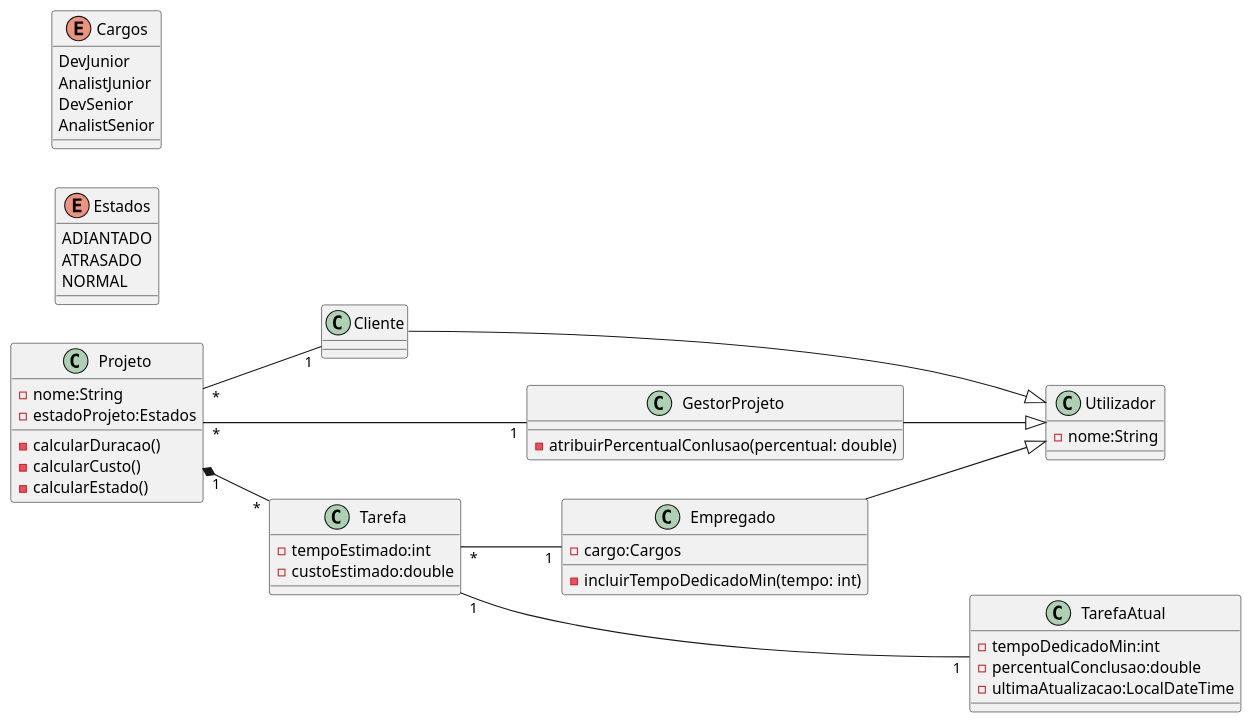
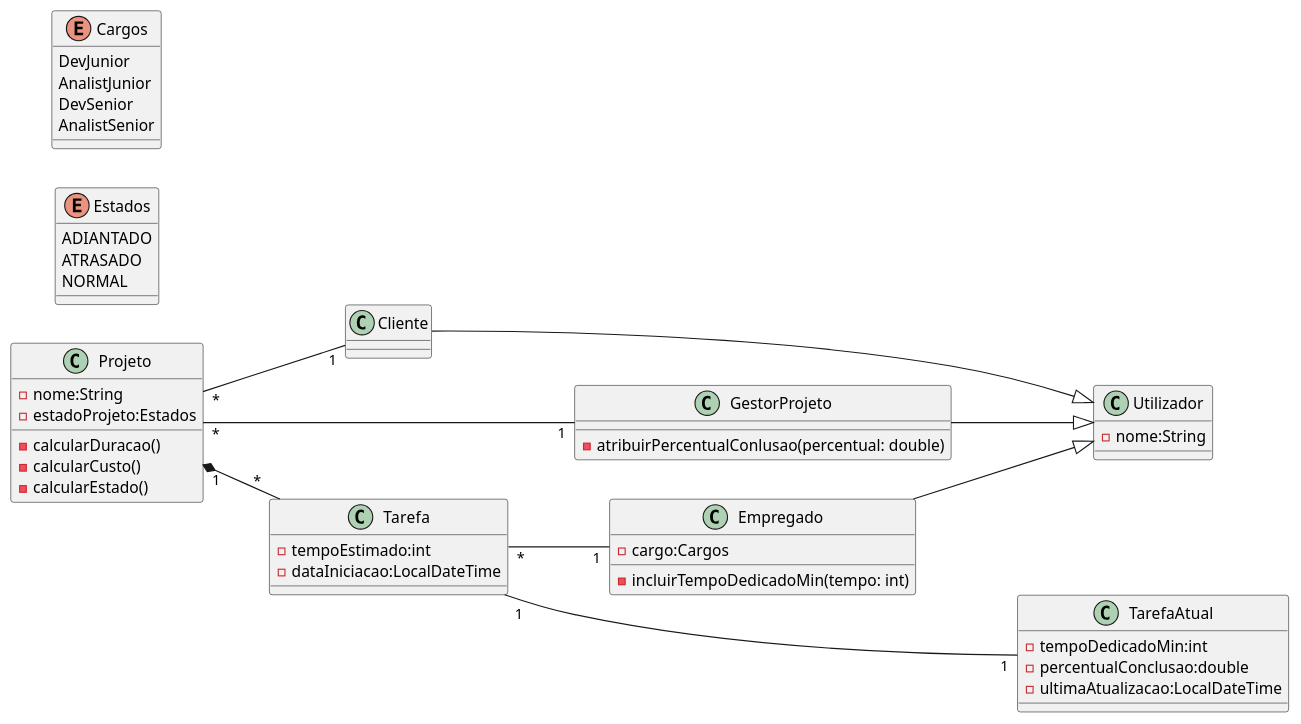
One commit to PedroAlmeidacode/SGP-WebService changed the diagram in Diagrama de Classes/newmodel.puml. Above: the diagram before and after it, drawn with PlantUML. The commit also changed 4 other files, not shown here.

Commit message:
update class diagram

```diff
--- a/Diagrama de Classes/newmodel.puml
+++ b/Diagrama de Classes/newmodel.puml
@@ -1,59 +1,59 @@
 @startuml
 left to right direction
 
 class Projeto{
 	- nome:String
 	- estadoProjeto:Estados 
 	- calcularDuracao()
 	- calcularCusto()
 	- calcularEstado()
 }
 
 
 class Utilizador{
     - nome:String
 }
 
 class Empregado{
 	- cargo:Cargos
  	- incluirTempoDedicadoMin(tempo: int)
 }
 
 class GestorProjeto{
 	 - atribuirPercentualConlusao(percentual: double)
 }
 
 class Tarefa{
-	- tempoEstimado:int 
-	- custoEstimado:double
+	- tempoEstimado:int
+	- dataIniciacao:LocalDateTime 
 }
 
 class TarefaAtual{
 	- tempoDedicadoMin:int 
 	- percentualConclusao:double     
 	- ultimaAtualizacao:LocalDateTime
 }
 
 enum Estados{
 	ADIANTADO
 	ATRASADO
 	NORMAL
 }
 
 enum Cargos{
 	DevJunior
 	AnalistJunior
 	DevSenior
 	AnalistSenior
 }
 
 Empregado --|> Utilizador
 Cliente --|> Utilizador
 Tarefa "1" --- "1" TarefaAtual
 Projeto "*" --- "1" GestorProjeto
 Projeto "*" -- "1" Cliente
 Tarefa "*" -- "1" Empregado
 Projeto "1"  *-- "*" Tarefa
 GestorProjeto --|> Utilizador
 
 @enduml
```
